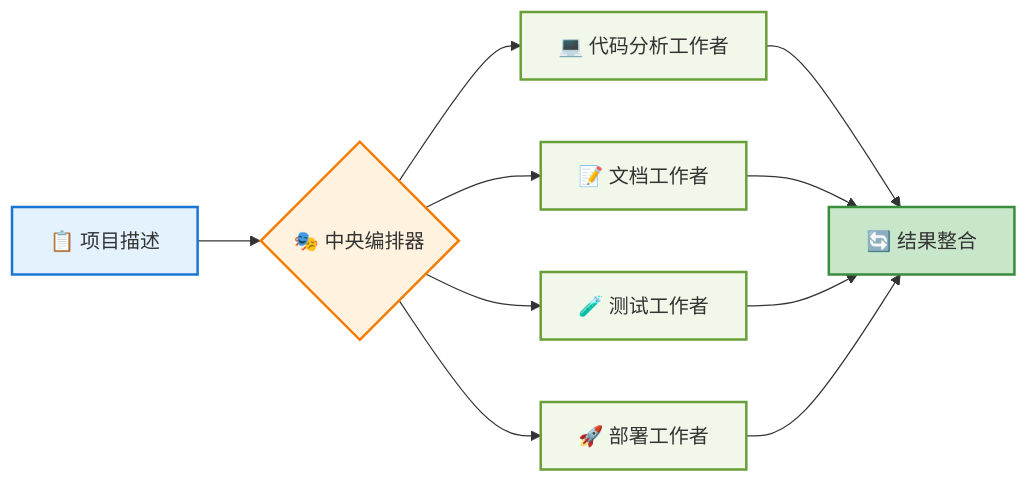
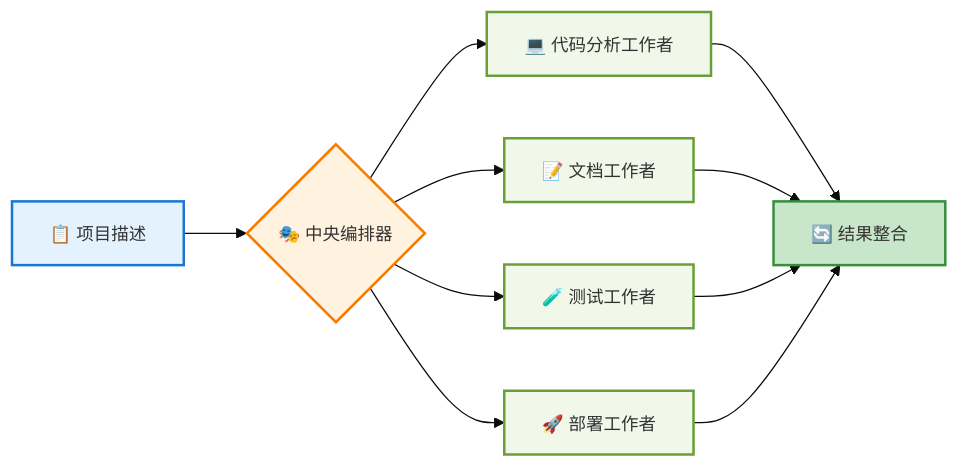
Before and after one commit to yxzf/claude-code-guide: the sixth of 8 diagrams in agent/AI_Agent_完整入门指南.md, drawn with Mermaid. The commit also changed other lines of this file, not shown here.

First line of the commit message:
统一优化单个图表尺寸

````diff
--- a/agent/AI_Agent_完整入门指南.md
+++ b/agent/AI_Agent_完整入门指南.md
@@ -300,20 +312,23 @@
 ```mermaid
+%%{init: {'theme':'base', 'themeVariables': {'primaryColor':'#f0f9ff'}}}%%
 graph LR
     A[📋 项目描述] --> B{🎭 中央编排器}
     B --> C[💻 代码分析工作者]
     B --> D[📝 文档工作者]
     B --> E[🧪 测试工作者]
     B --> F[🚀 部署工作者]
     C --> G[🔄 结果整合]
     D --> G
     E --> G
     F --> G
     
     style A fill:#e3f2fd,stroke:#1976d2,stroke-width:2px
     style B fill:#fff3e0,stroke:#f57c00,stroke-width:2px
     style G fill:#c8e6c9,stroke:#388e3c,stroke-width:2px
     style C fill:#f1f8e9,stroke:#689f38,stroke-width:2px
     style D fill:#f1f8e9,stroke:#689f38,stroke-width:2px
     style E fill:#f1f8e9,stroke:#689f38,stroke-width:2px
     style F fill:#f1f8e9,stroke:#689f38,stroke-width:2px
+    
+    classDef default font-size:14px
 ```
````
